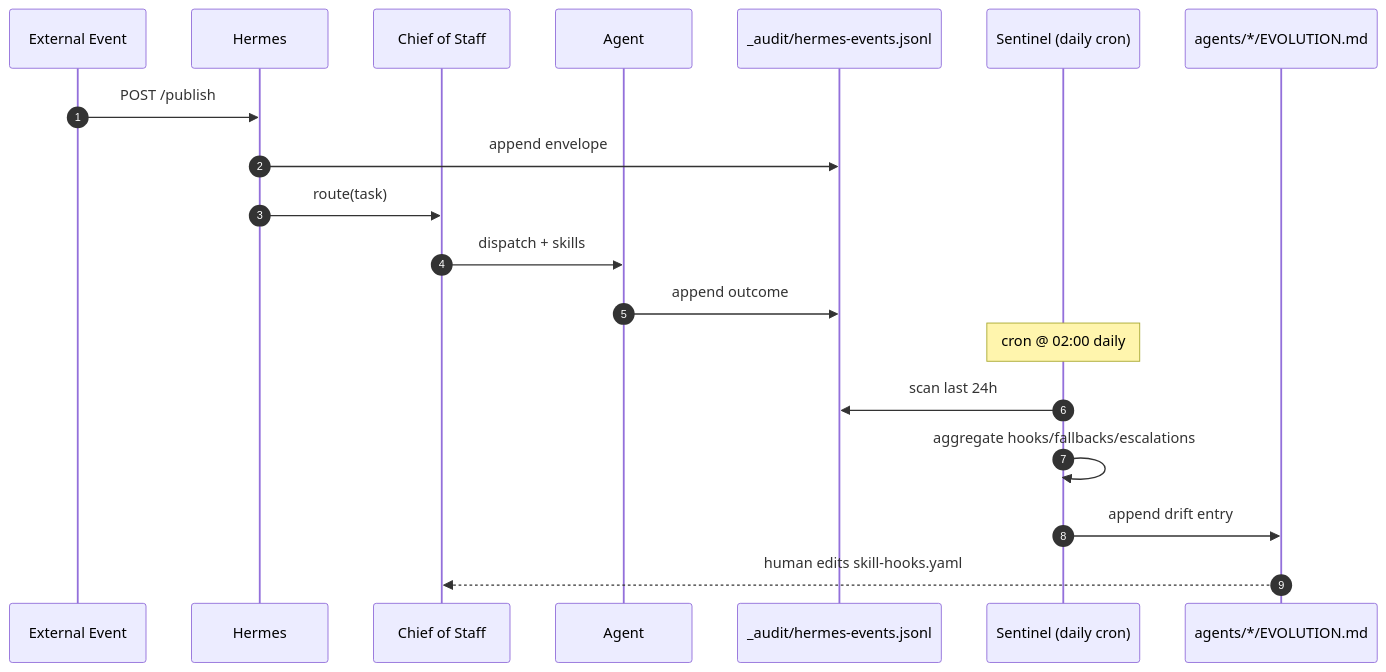
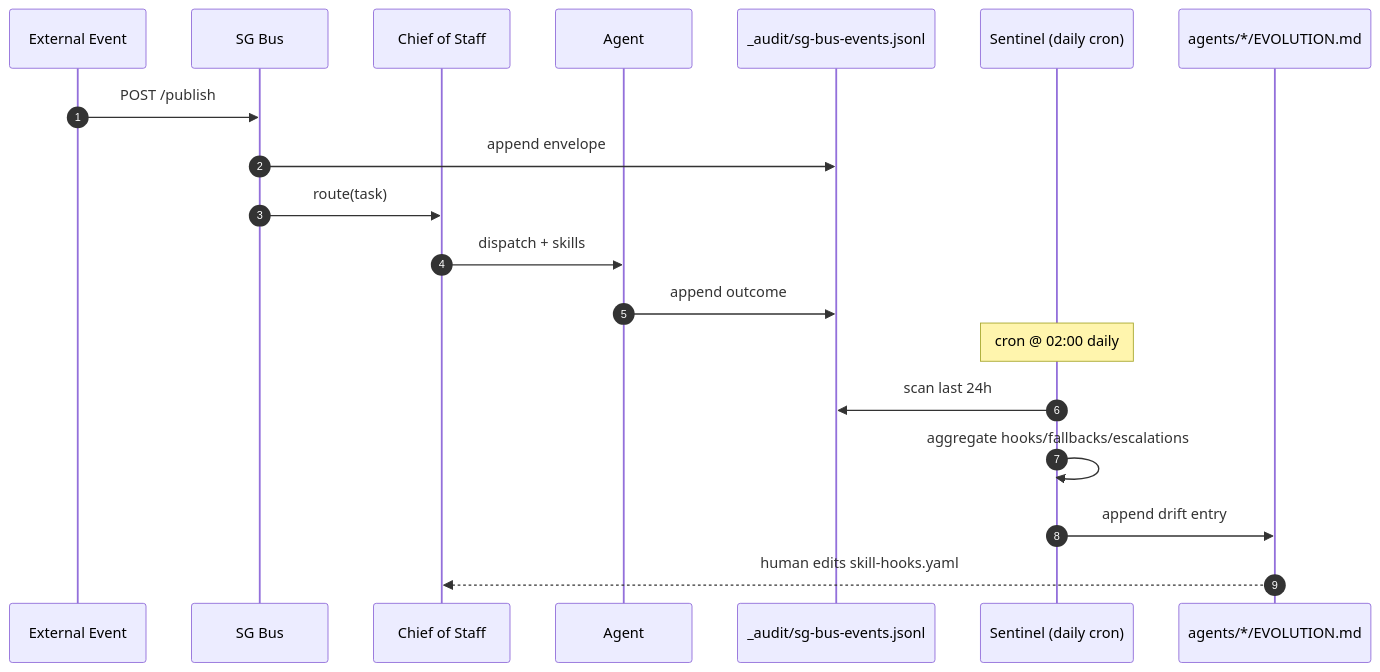
The fourth of 4 diagrams in docs/explainer.md (Sheshiyer/snow-gloves-os), drawn with Mermaid before and after one commit. The commit also changed other lines of this file and 135 other files, not shown here.

````diff
--- a/docs/explainer.md
+++ b/docs/explainer.md
@@ -143,21 +143,21 @@
 ```mermaid
 sequenceDiagram
   autonumber
   participant E as External Event
-  participant H as Hermes
+  participant H as SG Bus
   participant C as Chief of Staff
   participant A as Agent
-  participant L as _audit/hermes-events.jsonl
+  participant L as _audit/sg-bus-events.jsonl
   participant S as Sentinel (daily cron)
   participant V as agents/*/EVOLUTION.md
   E->>H: POST /publish
   H->>L: append envelope
   H->>C: route(task)
   C->>A: dispatch + skills
   A->>L: append outcome
   Note over S: cron @ 02:00 daily
   S->>L: scan last 24h
   S->>S: aggregate hooks/fallbacks/escalations
   S->>V: append drift entry
   V-->>C: human edits skill-hooks.yaml
 ```
````
